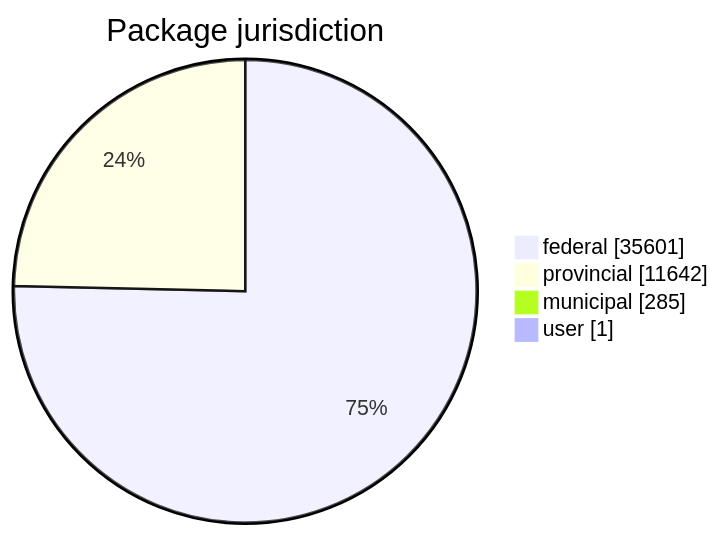
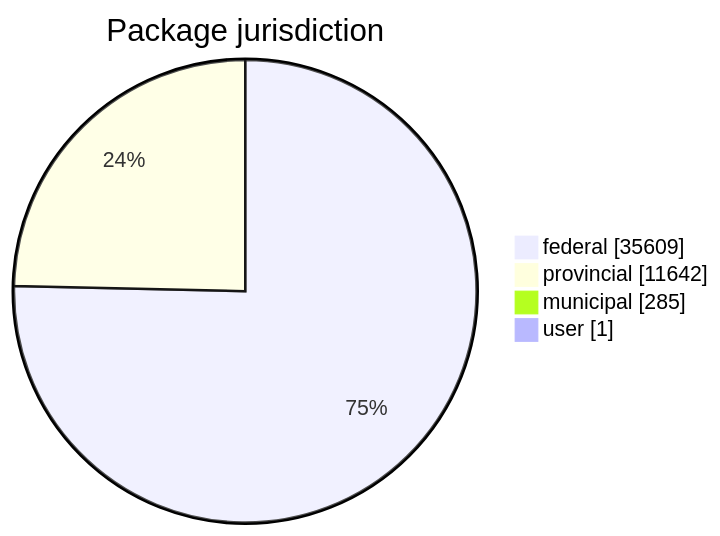
The first of 5 diagrams in FreshCheck/README.md (open-data/analytics-corporate-reporting), drawn with Mermaid before and after one commit. The commit also changed other lines of this file and 3 other files, not shown here.

````diff
--- a/FreshCheck/README.md
+++ b/FreshCheck/README.md
@@ -60,7 +60,7 @@
 ```mermaid
 pie showData title Package jurisdiction
-    "federal": 35601
+    "federal": 35609
     "provincial": 11642
     "municipal": 285
     "user": 1
 ```
````
